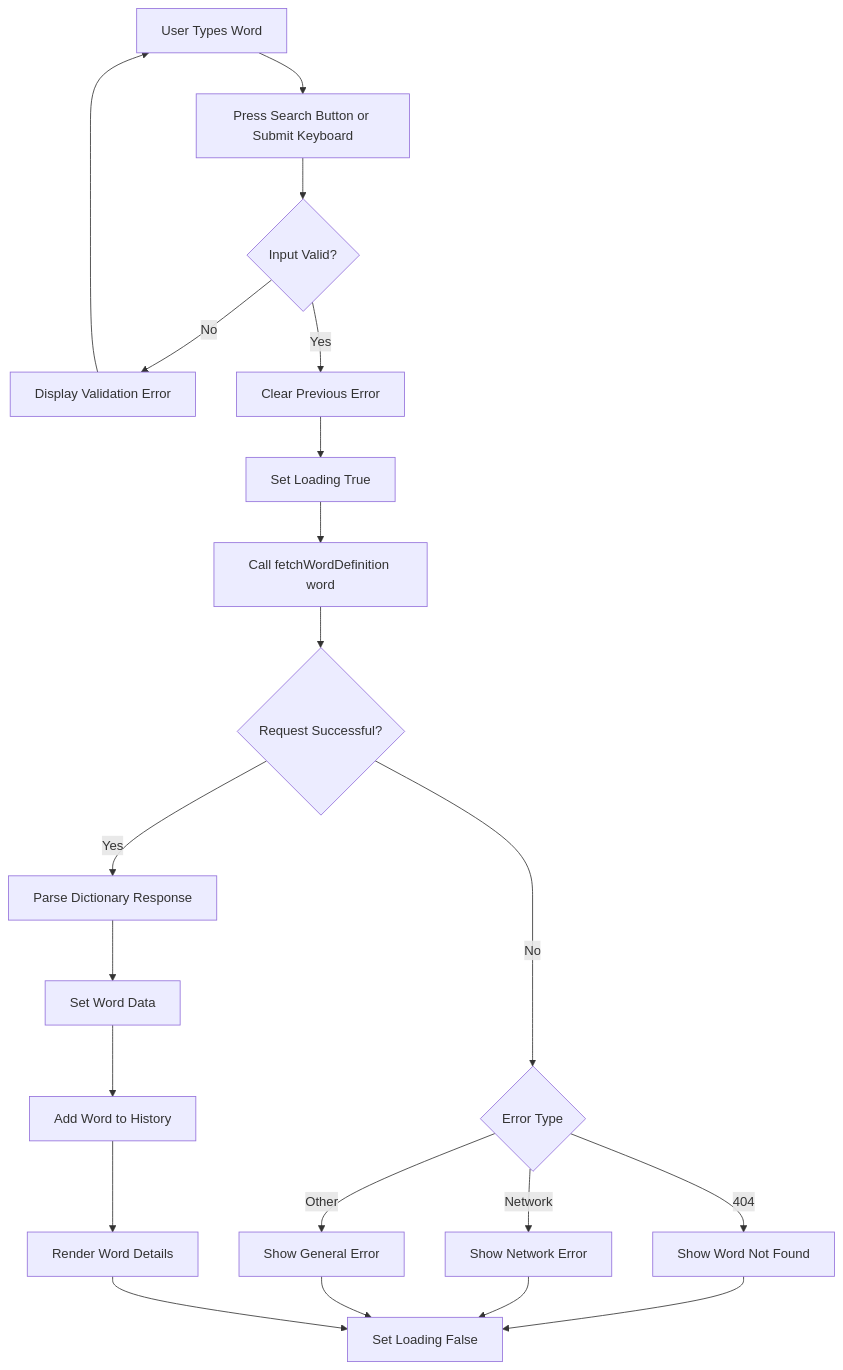
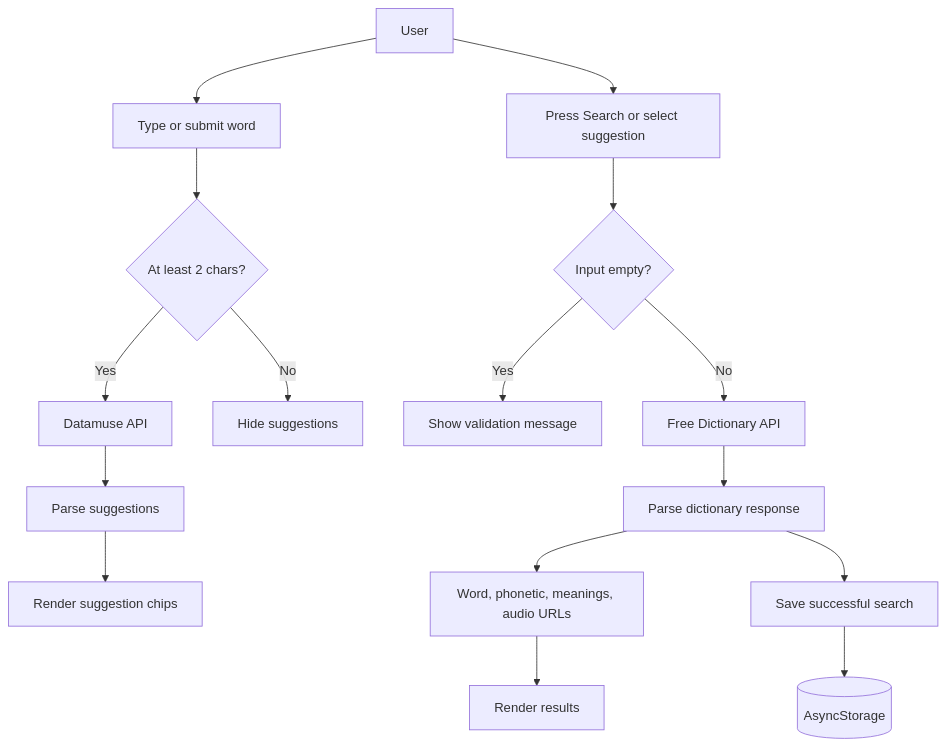
Before and after one commit to m-prosper-10/mobile.dictionary: the third of 11 diagrams in DOCS.md, drawn with Mermaid. The commit also changed other lines of this file and 1 other file, not shown here.

Commit message:
Update architectural documentation to match Expo Router and Datamuse integration and clean up dictionary API service definitions.

````diff
--- a/DOCS.md
+++ b/DOCS.md
@@ -96,29 +71,24 @@
 ```mermaid
 flowchart TD
-    A[User Types Word] --> B[Press Search Button or Submit Keyboard]
-    B --> C{Input Valid?}
+    User[User] --> Input[Type or submit word]
+    Input --> SuggestionCheck{At least 2 chars?}
 
-    C -->|No| D[Display Validation Error]
-    D --> A
+    SuggestionCheck -->|Yes| Datamuse[Datamuse API]
+    SuggestionCheck -->|No| HideSuggestions[Hide suggestions]
 
-    C -->|Yes| E[Clear Previous Error]
-    E --> F[Set Loading True]
-    F --> G[Call fetchWordDefinition word]
+    Datamuse --> SuggestionParse[Parse suggestions]
+    SuggestionParse --> SuggestionList[Render suggestion chips]
 
-    G --> H{Request Successful?}
+    User --> SearchSubmit[Press Search or select suggestion]
+    SearchSubmit --> Validate{Input empty?}
 
-    H -->|Yes| I[Parse Dictionary Response]
-    I --> J[Set Word Data]
-    J --> K[Add Word to History]
-    K --> L[Render Word Details]
+    Validate -->|Yes| ValidationError[Show validation message]
+    Validate -->|No| DictionaryAPI[Free Dictionary API]
 
-    H -->|No| M{Error Type}
-    M -->|404| N[Show Word Not Found]
-    M -->|Network| O[Show Network Error]
-    M -->|Other| P[Show General Error]
+    DictionaryAPI --> ParseResponse[Parse dictionary response]
+    ParseResponse --> WordData[Word, phonetic, meanings, audio URLs]
+    WordData --> RenderUI[Render results]
 
-    N --> Q[Set Loading False]
-    O --> Q
-    P --> Q
-    L --> Q
+    ParseResponse --> HistoryUpdate[Save successful search]
+    HistoryUpdate --> AsyncStorage[(AsyncStorage)]
 ```
````
